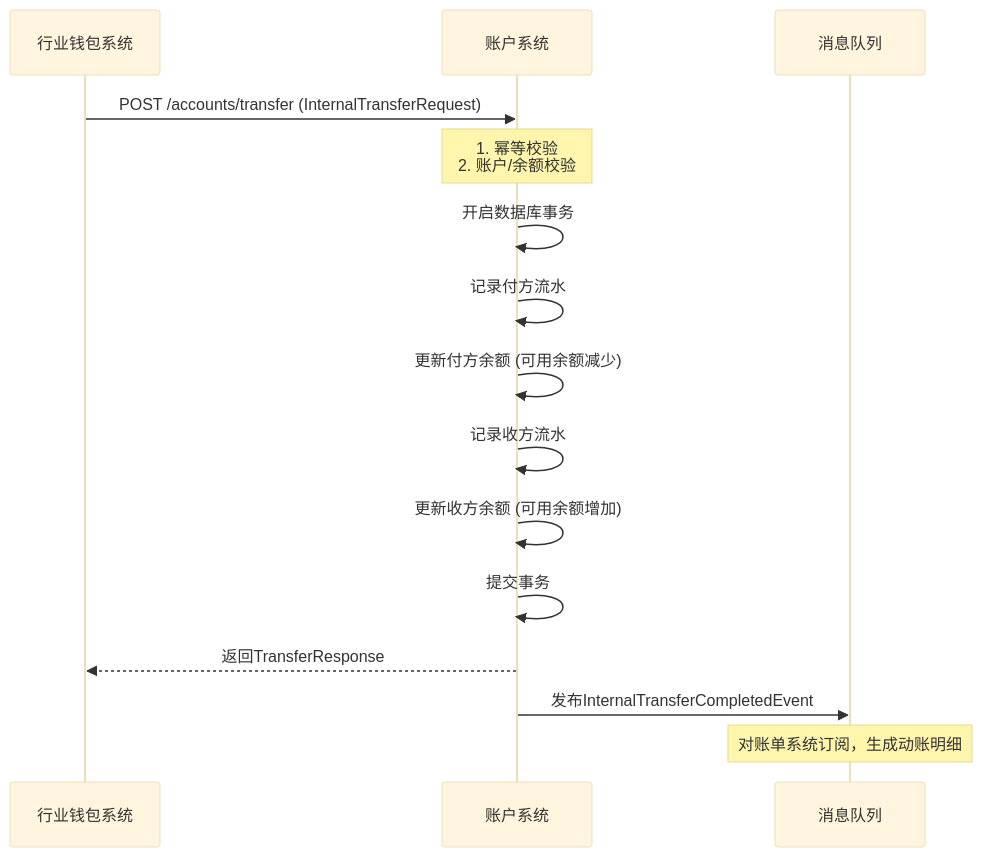
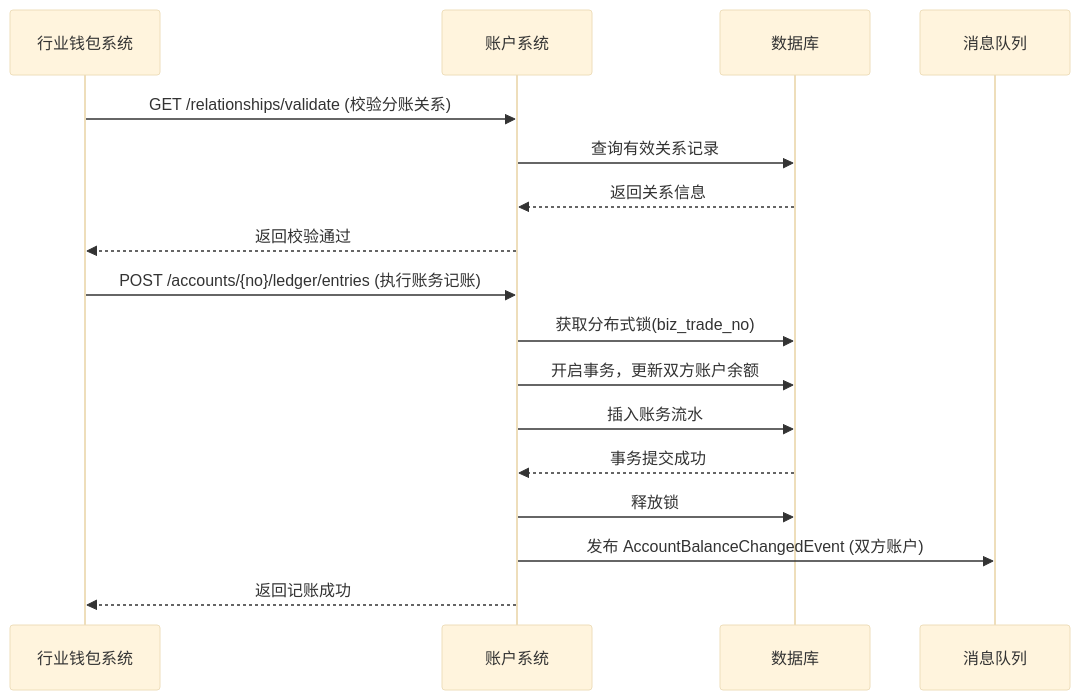
Before and after one commit to youzi211/AiCoding: the seventh of 28 diagrams in data/天财分账需求/gpt-5.2/output/final_design_document.md, drawn with Mermaid (base theme). The commit also changed other lines of this file and 93 other files, not shown here.

````diff
--- a/data/天财分账需求/gpt-5.2/output/final_design_document.md
+++ b/data/天财分账需求/gpt-5.2/output/final_design_document.md
@@ -631,18 +611,21 @@
 ```mermaid
 sequenceDiagram
     participant W as 行业钱包系统
     participant A as 账户系统
+    participant DB as 数据库
     participant MQ as 消息队列
 
-    W->>A: POST /accounts/transfer (InternalTransferRequest)
-    Note over A: 1. 幂等校验<br/>2. 账户/余额校验
-    A->>A: 开启数据库事务
-    A->>A: 记录付方流水
-    A->>A: 更新付方余额 (可用余额减少)
-    A->>A: 记录收方流水
-    A->>A: 更新收方余额 (可用余额增加)
-    A->>A: 提交事务
-    A-->>W: 返回TransferResponse
-    A->>MQ: 发布InternalTransferCompletedEvent
-    Note over MQ: 对账单系统订阅，生成动账明细
+    W->>A: GET /relationships/validate (校验分账关系)
+    A->>DB: 查询有效关系记录
+    DB-->>A: 返回关系信息
+    A-->>W: 返回校验通过
+
+    W->>A: POST /accounts/{no}/ledger/entries (执行账务记账)
+    A->>DB: 获取分布式锁(biz_trade_no)
+    A->>DB: 开启事务，更新双方账户余额
+    A->>DB: 插入账务流水
+    DB-->>A: 事务提交成功
+    A->>DB: 释放锁
+    A->>MQ: 发布 AccountBalanceChangedEvent (双方账户)
+    A-->>W: 返回记账成功
 ```
````
